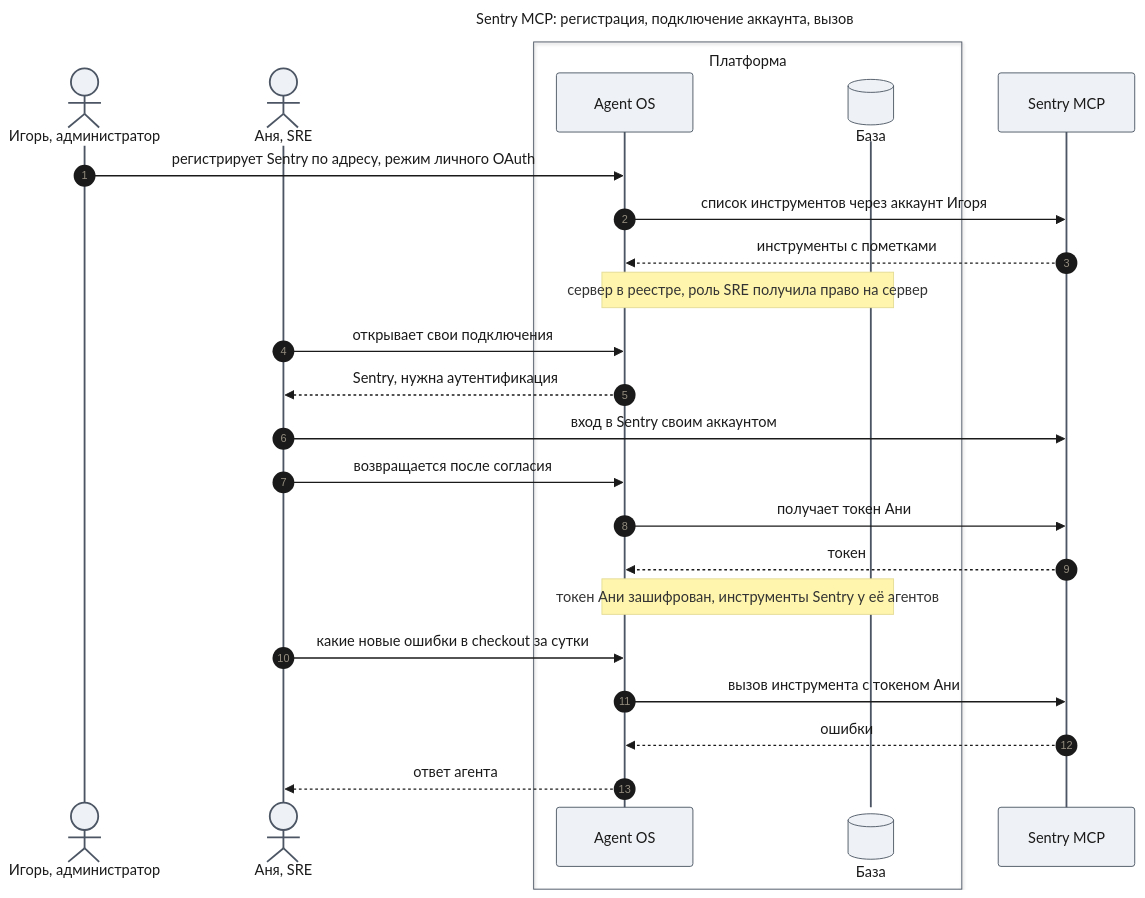
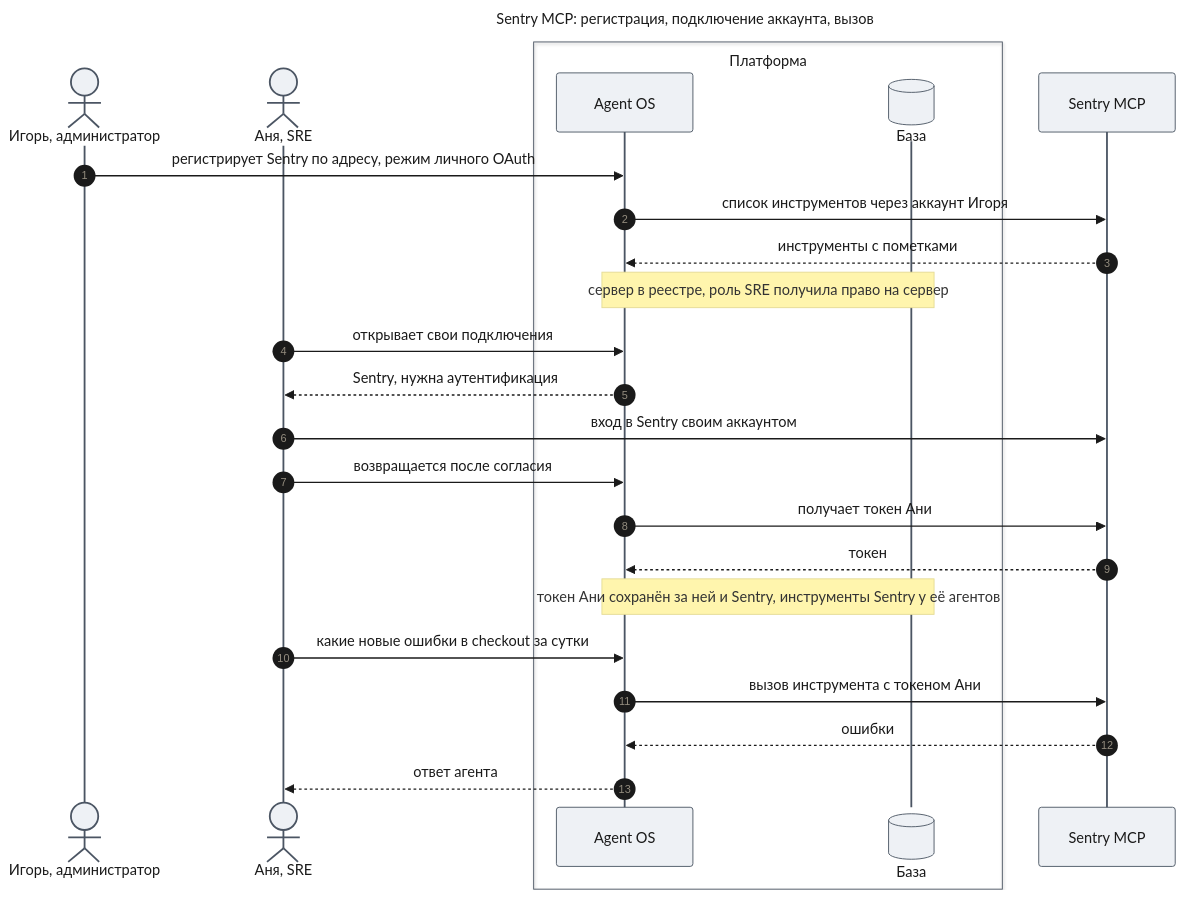
Before and after one commit to tundraray/agent-os: the fourth of 7 diagrams in docs/features/enterprise-access/prd.md, drawn with Mermaid. The commit also changed other lines of this file, not shown here.

````diff
--- a/docs/features/enterprise-access/prd.md
+++ b/docs/features/enterprise-access/prd.md
@@ -223,53 +226,53 @@
 ```mermaid
 ---
 title: "Sentry MCP: регистрация, подключение аккаунта, вызов"
 config:
   theme: base
   look: classic
   themeVariables:
     primaryColor: "#eef1f5"
     primaryBorderColor: "#4b5563"
     primaryTextColor: "#1a1a1a"
     lineColor: "#6b7280"
   themeCSS: |
     @keyframes lit_sn{0%,6.92%{stroke:#991b1b;stroke-width:6px}7.69%,100%{stroke:#37474f;stroke-width:2px}}
     @keyframes litr_sn{0%,6.92%{stroke:#1d4ed8;stroke-width:6px}7.69%,100%{stroke:#37474f;stroke-width:2px}}
     .messageLine0[data-id='i1'],.messageLine1[data-id='i1']{animation:lit_sn 15.6s linear 0s infinite}
     .messageLine0[data-id='i2'],.messageLine1[data-id='i2']{animation:lit_sn 15.6s linear 1.2s infinite}
     .messageLine0[data-id='i3'],.messageLine1[data-id='i3']{animation:litr_sn 15.6s linear 2.4s infinite}
     .messageLine0[data-id='i5'],.messageLine1[data-id='i5']{animation:lit_sn 15.6s linear 3.6s infinite}
     .messageLine0[data-id='i6'],.messageLine1[data-id='i6']{animation:litr_sn 15.6s linear 4.8s infinite}
     .messageLine0[data-id='i7'],.messageLine1[data-id='i7']{animation:lit_sn 15.6s linear 6s infinite}
     .messageLine0[data-id='i8'],.messageLine1[data-id='i8']{animation:lit_sn 15.6s linear 7.2s infinite}
     .messageLine0[data-id='i9'],.messageLine1[data-id='i9']{animation:lit_sn 15.6s linear 8.4s infinite}
     .messageLine0[data-id='i10'],.messageLine1[data-id='i10']{animation:litr_sn 15.6s linear 9.6s infinite}
     .messageLine0[data-id='i12'],.messageLine1[data-id='i12']{animation:lit_sn 15.6s linear 10.8s infinite}
     .messageLine0[data-id='i13'],.messageLine1[data-id='i13']{animation:lit_sn 15.6s linear 12s infinite}
     .messageLine0[data-id='i14'],.messageLine1[data-id='i14']{animation:litr_sn 15.6s linear 13.2s infinite}
     .messageLine0[data-id='i15'],.messageLine1[data-id='i15']{animation:litr_sn 15.6s linear 14.4s infinite}
 ---
 sequenceDiagram
     autonumber
     actor A as Игорь, администратор
     actor U as Аня, SRE
     box Платформа
     participant P as Agent OS
     participant DB@{ "type": "database" } as База
     end
     participant M as Sentry MCP
     A->>P: регистрирует Sentry по адресу, режим личного OAuth
     P->>M: список инструментов через аккаунт Игоря
     M-->>P: инструменты с пометками
     Note over P,DB: сервер в реестре, роль SRE получила право на сервер
     U->>P: открывает свои подключения
     P-->>U: Sentry, нужна аутентификация
     U->>M: вход в Sentry своим аккаунтом
     U->>P: возвращается после согласия
     P->>M: получает токен Ани
     M-->>P: токен
-    Note over P,DB: токен Ани зашифрован, инструменты Sentry у её агентов
+    Note over P,DB: токен Ани сохранён за ней и Sentry, инструменты Sentry у её агентов
     U->>P: какие новые ошибки в checkout за сутки
     P->>M: вызов инструмента с токеном Ани
     M-->>P: ошибки
     P-->>U: ответ агента
 ```
````
